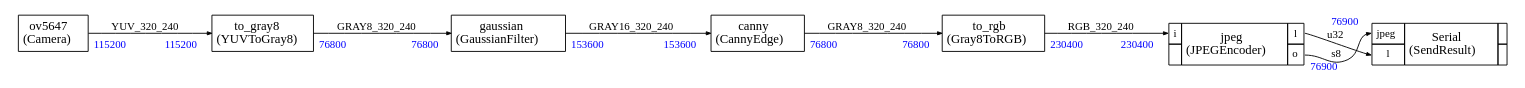
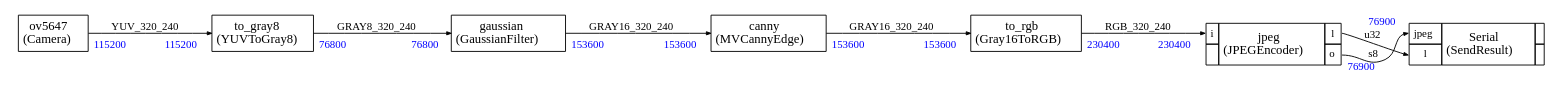
One commit to xavierbrgt/Seeed_Grove_Vision_AI_Module_V2 changed the diagram in EPII_CM55M_APP_S/app/scenario_app/cmsis_stream_app/cv.dot. Above: the diagram before and after it, drawn with Graphviz. The commit also changed 12 other files, not shown here.

Commit message:
Added OpenMV canny edge for comparison

```diff
--- a/EPII_CM55M_APP_S/app/scenario_app/cmsis_stream_app/cv.dot
+++ b/EPII_CM55M_APP_S/app/scenario_app/cmsis_stream_app/cv.dot
@@ -1,122 +1,122 @@
 
 
 
 
 digraph structs {
     bgcolor = "white"
     node [shape=plaintext,color="black",fontcolor="black",fontname="Times-Roman"]
     rankdir=LR
     edge [arrowsize="0.5",color="black",fontcolor="black",fontname="Times-Roman"]
 
 
 
 Serial [label=<
 <TABLE color="black" bgcolor="none" BORDER="0" CELLBORDER="1" CELLSPACING="0" CELLPADDING="4">
   <TR>
     <TD PORT="jpeg"><FONT POINT-SIZE="12.0" COLOR="black">jpeg</FONT></TD>
     <TD ALIGN="CENTER" ROWSPAN="2"><FONT COLOR="black" POINT-SIZE="14.0">Serial<BR/>(SendResult)</FONT></TD>
     <TD></TD>
   </TR>
 <TR>
 <TD PORT="l"><FONT POINT-SIZE="12.0" COLOR="black">l</FONT></TD>
 
  
 <TD></TD></TR>
 
 </TABLE>>];
 
 canny [label=<
 <TABLE color="black" bgcolor="none" BORDER="0" CELLBORDER="1" CELLSPACING="0" CELLPADDING="4">
   <TR>
-    <TD ALIGN="CENTER" PORT="i"><FONT COLOR="black" POINT-SIZE="14.0">canny<BR/>(CannyEdge)</FONT></TD>
+    <TD ALIGN="CENTER" PORT="i"><FONT COLOR="black" POINT-SIZE="14.0">canny<BR/>(MVCannyEdge)</FONT></TD>
   </TR>
 </TABLE>>];
 
 gaussian [label=<
 <TABLE color="black" bgcolor="none" BORDER="0" CELLBORDER="1" CELLSPACING="0" CELLPADDING="4">
   <TR>
     <TD ALIGN="CENTER" PORT="i"><FONT COLOR="black" POINT-SIZE="14.0">gaussian<BR/>(GaussianFilter)</FONT></TD>
   </TR>
 </TABLE>>];
 
 
 jpeg [label=<
 <TABLE color="black" bgcolor="none" BORDER="0" CELLBORDER="1" CELLSPACING="0" CELLPADDING="4">
   <TR>
     <TD PORT="i"><FONT POINT-SIZE="12.0" COLOR="black">i</FONT></TD>
     <TD ALIGN="CENTER" ROWSPAN="2"><FONT COLOR="black" POINT-SIZE="14.0">jpeg<BR/>(JPEGEncoder)</FONT></TD>
     <TD PORT="l"><FONT POINT-SIZE="12.0" COLOR="black">l</FONT></TD>
   </TR>
 <TR>
  
 <TD></TD>
 <TD PORT="o"><FONT POINT-SIZE="12.0" COLOR="black">o</FONT></TD>
 </TR>
 
 </TABLE>>];
 
 ov5647 [label=<
 <TABLE color="black" bgcolor="none" BORDER="0" CELLBORDER="1" CELLSPACING="0" CELLPADDING="4">
   <TR>
     <TD ALIGN="CENTER" PORT="i"><FONT COLOR="black" POINT-SIZE="14.0">ov5647<BR/>(Camera)</FONT></TD>
   </TR>
 </TABLE>>];
 
 to_gray8 [label=<
 <TABLE color="black" bgcolor="none" BORDER="0" CELLBORDER="1" CELLSPACING="0" CELLPADDING="4">
   <TR>
     <TD ALIGN="CENTER" PORT="i"><FONT COLOR="black" POINT-SIZE="14.0">to_gray8<BR/>(YUVToGray8)</FONT></TD>
   </TR>
 </TABLE>>];
 
 to_rgb [label=<
 <TABLE color="black" bgcolor="none" BORDER="0" CELLBORDER="1" CELLSPACING="0" CELLPADDING="4">
   <TR>
-    <TD ALIGN="CENTER" PORT="i"><FONT COLOR="black" POINT-SIZE="14.0">to_rgb<BR/>(Gray8ToRGB)</FONT></TD>
+    <TD ALIGN="CENTER" PORT="i"><FONT COLOR="black" POINT-SIZE="14.0">to_rgb<BR/>(Gray16ToRGB)</FONT></TD>
   </TR>
 </TABLE>>];
 
 
 
 ov5647:i -> to_gray8:i [style="solid",color="black",fontsize="12.0",fontcolor="black",label=<YUV_320_240>
 ,headlabel=<<TABLE BORDER="0" CELLPADDING="4"><TR><TD><FONT COLOR="blue" POINT-SIZE="12.0" >115200</FONT>
 </TD></TR></TABLE>>
 ,taillabel=<<TABLE BORDER="0" CELLPADDING="4"><TR><TD><FONT COLOR="blue" POINT-SIZE="12.0" >115200</FONT>
 </TD></TR></TABLE>>]
 
 to_gray8:i -> gaussian:i [style="solid",color="black",fontsize="12.0",fontcolor="black",label=<GRAY8_320_240>
 ,headlabel=<<TABLE BORDER="0" CELLPADDING="4"><TR><TD><FONT COLOR="blue" POINT-SIZE="12.0" >76800</FONT>
 </TD></TR></TABLE>>
 ,taillabel=<<TABLE BORDER="0" CELLPADDING="4"><TR><TD><FONT COLOR="blue" POINT-SIZE="12.0" >76800</FONT>
 </TD></TR></TABLE>>]
 
 gaussian:i -> canny:i [style="solid",color="black",fontsize="12.0",fontcolor="black",label=<GRAY16_320_240>
 ,headlabel=<<TABLE BORDER="0" CELLPADDING="4"><TR><TD><FONT COLOR="blue" POINT-SIZE="12.0" >153600</FONT>
 </TD></TR></TABLE>>
 ,taillabel=<<TABLE BORDER="0" CELLPADDING="4"><TR><TD><FONT COLOR="blue" POINT-SIZE="12.0" >153600</FONT>
 </TD></TR></TABLE>>]
 
-canny:i -> to_rgb:i [style="solid",color="black",fontsize="12.0",fontcolor="black",label=<GRAY8_320_240>
-,headlabel=<<TABLE BORDER="0" CELLPADDING="4"><TR><TD><FONT COLOR="blue" POINT-SIZE="12.0" >76800</FONT>
+canny:i -> to_rgb:i [style="solid",color="black",fontsize="12.0",fontcolor="black",label=<GRAY16_320_240>
+,headlabel=<<TABLE BORDER="0" CELLPADDING="4"><TR><TD><FONT COLOR="blue" POINT-SIZE="12.0" >153600</FONT>
 </TD></TR></TABLE>>
-,taillabel=<<TABLE BORDER="0" CELLPADDING="4"><TR><TD><FONT COLOR="blue" POINT-SIZE="12.0" >76800</FONT>
+,taillabel=<<TABLE BORDER="0" CELLPADDING="4"><TR><TD><FONT COLOR="blue" POINT-SIZE="12.0" >153600</FONT>
 </TD></TR></TABLE>>]
 
 to_rgb:i -> jpeg:i [style="solid",color="black",fontsize="12.0",fontcolor="black",label=<RGB_320_240>
 ,headlabel=<<TABLE BORDER="0" CELLPADDING="4"><TR><TD><FONT COLOR="blue" POINT-SIZE="12.0" >230400</FONT>
 </TD></TR></TABLE>>
 ,taillabel=<<TABLE BORDER="0" CELLPADDING="4"><TR><TD><FONT COLOR="blue" POINT-SIZE="12.0" >230400</FONT>
 </TD></TR></TABLE>>]
 
 jpeg:o -> Serial:jpeg [style="solid",color="black",fontsize="12.0",fontcolor="black",label=<s8>
 ,headlabel=<<TABLE BORDER="0" CELLPADDING="4"><TR><TD><FONT COLOR="blue" POINT-SIZE="12.0" >76900</FONT>
 </TD></TR></TABLE>>
 ,taillabel=<<TABLE BORDER="0" CELLPADDING="4"><TR><TD><FONT COLOR="blue" POINT-SIZE="12.0" >76900</FONT>
 </TD></TR></TABLE>>]
 
 jpeg:l -> Serial:l [style="solid",color="black",fontsize="12.0",fontcolor="black",label=<u32>
 
 ]
 
 
 }
```
